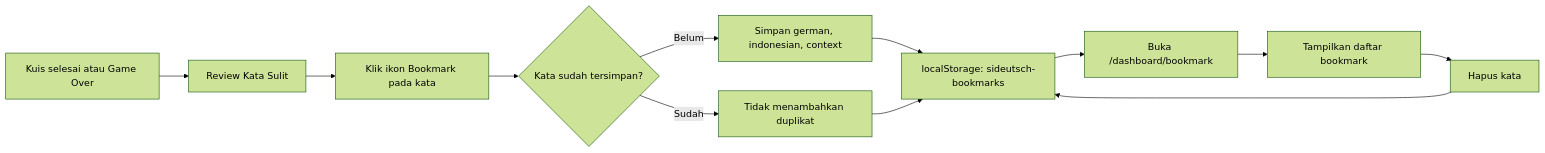
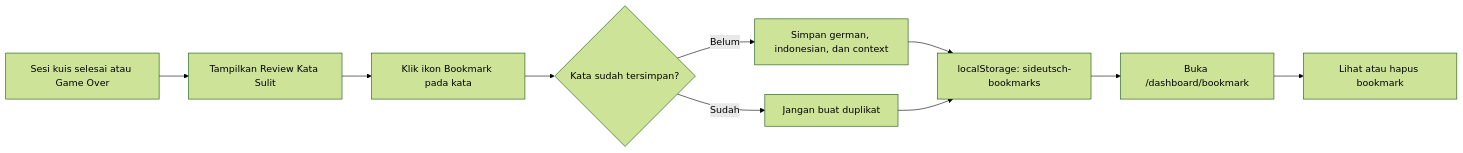
Before and after one commit to nandayudhistirawibowo/NdUniverse: the third of 5 diagrams in FLOWCHART.md, drawn with Mermaid (forest theme). The commit also changed other lines of this file and 2 other files, not shown here.

Commit message:
docs: total rebranding PRD, ERD, FLOWCHART untuk pengguna umum & fitur baru

````diff
--- a/FLOWCHART.md
+++ b/FLOWCHART.md
@@ -73,14 +62,12 @@
 ```mermaid
 flowchart LR
-    A[Kuis selesai atau Game Over] --> B[Review Kata Sulit]
+    A[Sesi kuis selesai atau Game Over] --> B[Tampilkan Review Kata Sulit]
     B --> C[Klik ikon Bookmark pada kata]
     C --> D{Kata sudah tersimpan?}
-    D -->|Belum| E[Simpan german, indonesian, context]
-    D -->|Sudah| F[Tidak menambahkan duplikat]
+    D -->|Belum| E[Simpan german, indonesian, dan context]
+    D -->|Sudah| F[Jangan buat duplikat]
     E --> G[localStorage: sideutsch-bookmarks]
     F --> G
     G --> H[Buka /dashboard/bookmark]
-    H --> I[Tampilkan daftar bookmark]
-    I --> J[Hapus kata]
-    J --> G
+    H --> I[Lihat atau hapus bookmark]
 ```
````
